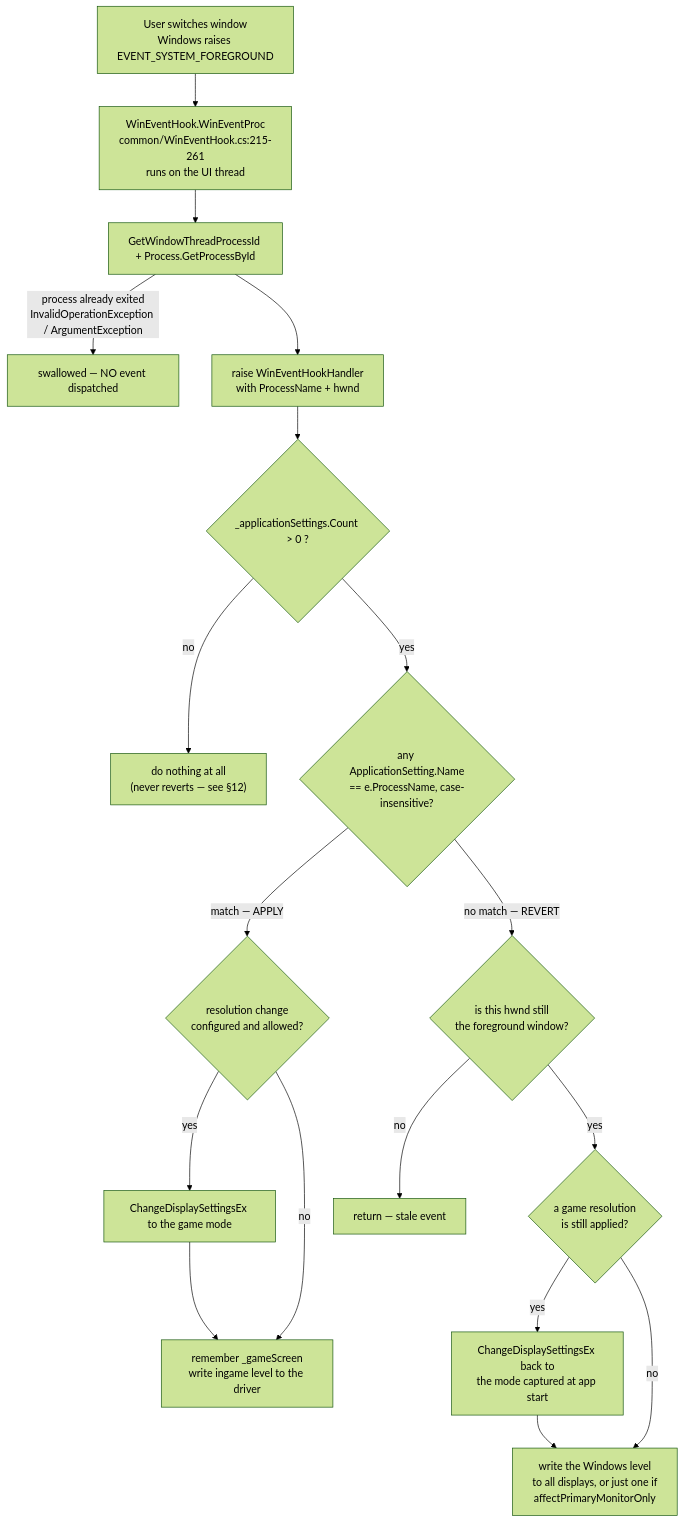
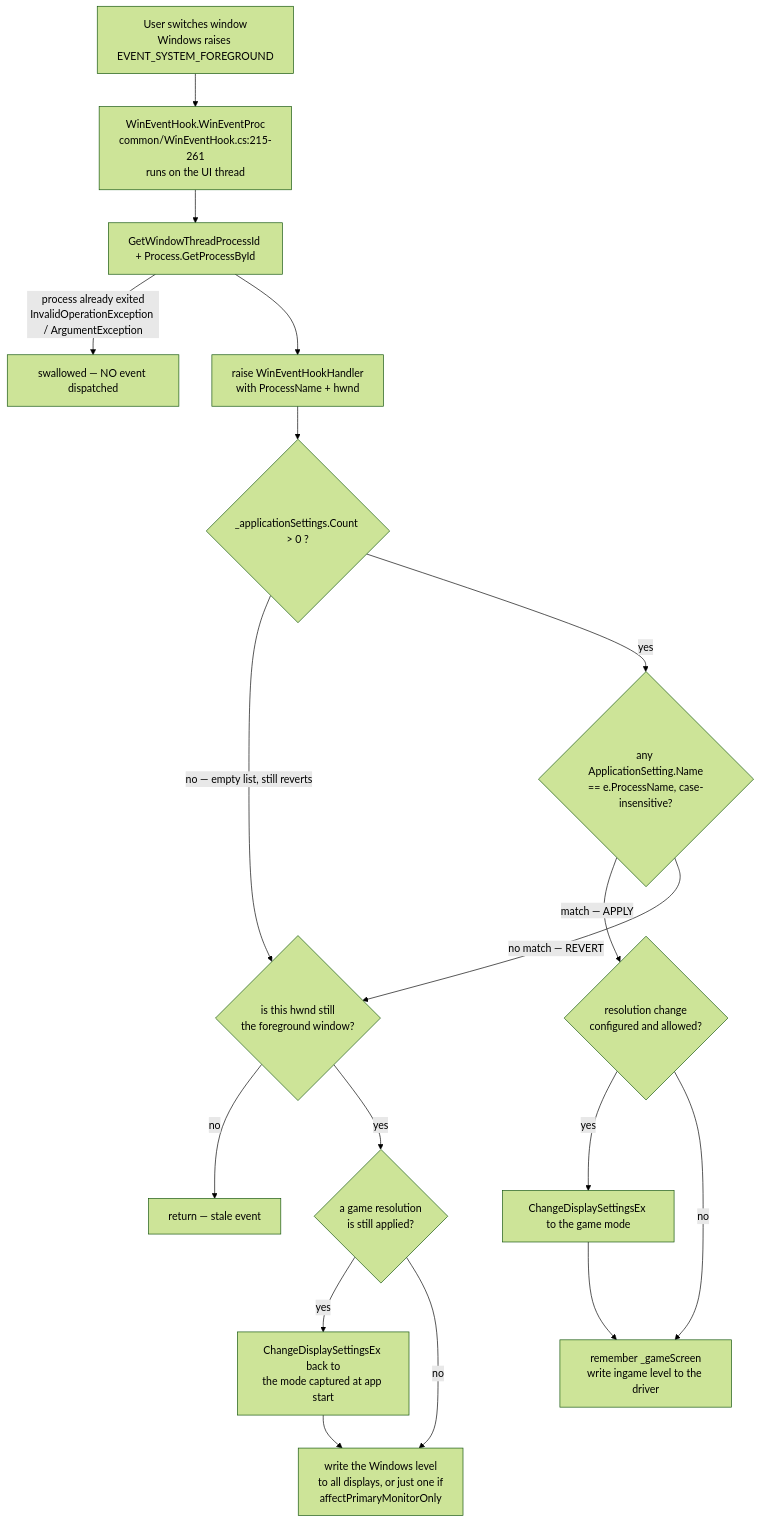
The third of 4 diagrams in docs/CODEBASE_GUIDE.md (SwatX18/vibranceGUI), drawn with Mermaid (forest theme) before and after one commit. The commit also changed other lines of this file, not shown here.

````diff
--- a/docs/CODEBASE_GUIDE.md
+++ b/docs/CODEBASE_GUIDE.md
@@ -613,22 +613,22 @@
 ```mermaid
 flowchart TD
     A["User switches window<br/>Windows raises EVENT_SYSTEM_FOREGROUND"] --> B["WinEventHook.WinEventProc<br/>common/WinEventHook.cs:215-261<br/>runs on the UI thread"]
     B --> C["GetWindowThreadProcessId + Process.GetProcessById"]
     C -->|"process already exited<br/>InvalidOperationException / ArgumentException"| X["swallowed — NO event dispatched"]
     C --> D["raise WinEventHookHandler<br/>with ProcessName + hwnd"]
     D --> E{"_applicationSettings.Count &gt; 0 ?"}
-    E -->|no| Y["do nothing at all<br/>(never reverts — see §12)"]
+    E -->|"no — empty list, still reverts"| K
     E -->|yes| F{"any ApplicationSetting.Name<br/>== e.ProcessName, case-insensitive?"}
 
     F -->|"match — APPLY"| G{"resolution change<br/>configured and allowed?"}
     G -->|yes| H["ChangeDisplaySettingsEx to the game mode"]
     G -->|no| J
     H --> J["remember _gameScreen<br/>write ingame level to the driver"]
 
     F -->|"no match — REVERT"| K{"is this hwnd still<br/>the foreground window?"}
     K -->|no| Z["return — stale event"]
     K -->|yes| L{"a game resolution<br/>is still applied?"}
     L -->|yes| M["ChangeDisplaySettingsEx back to<br/>the mode captured at app start"]
     L -->|no| O
     M --> O["write the Windows level<br/>to all displays, or just one if<br/>affectPrimaryMonitorOnly"]
 ```
````
